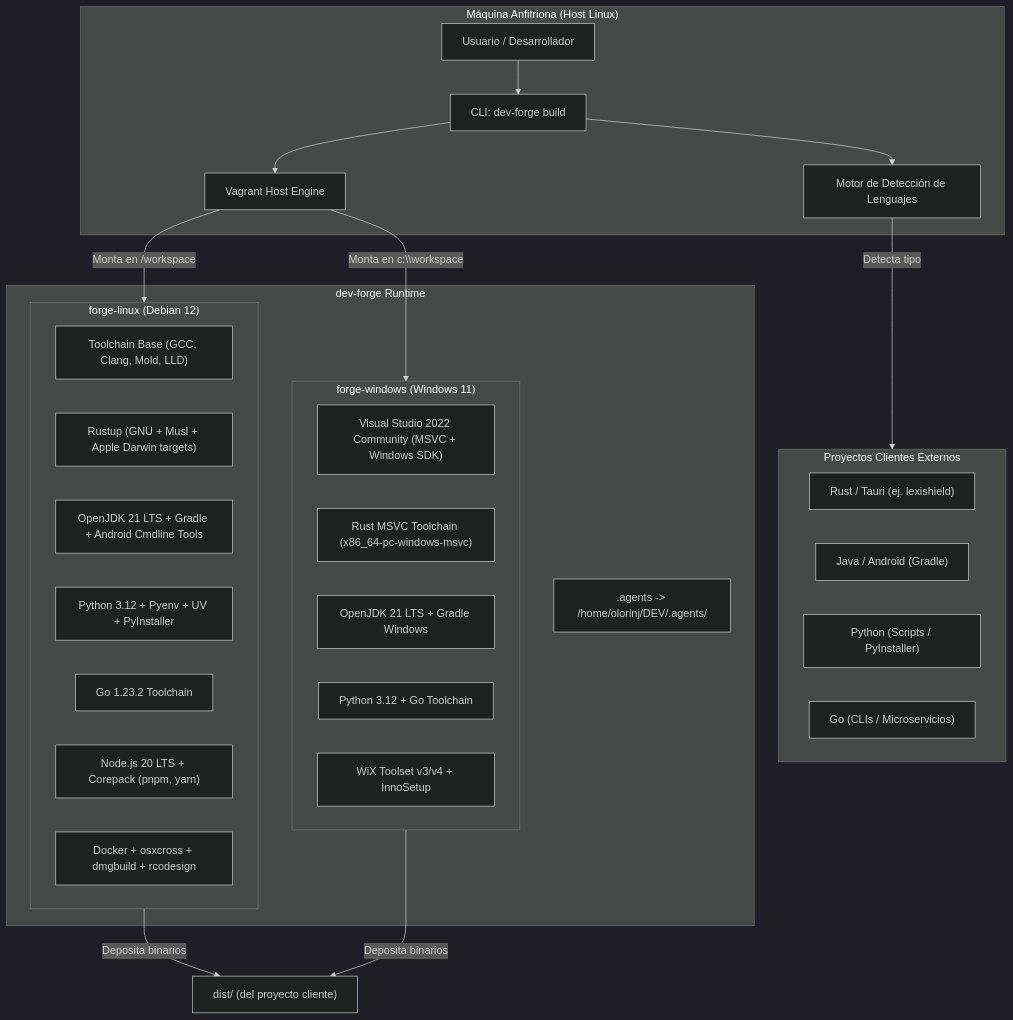
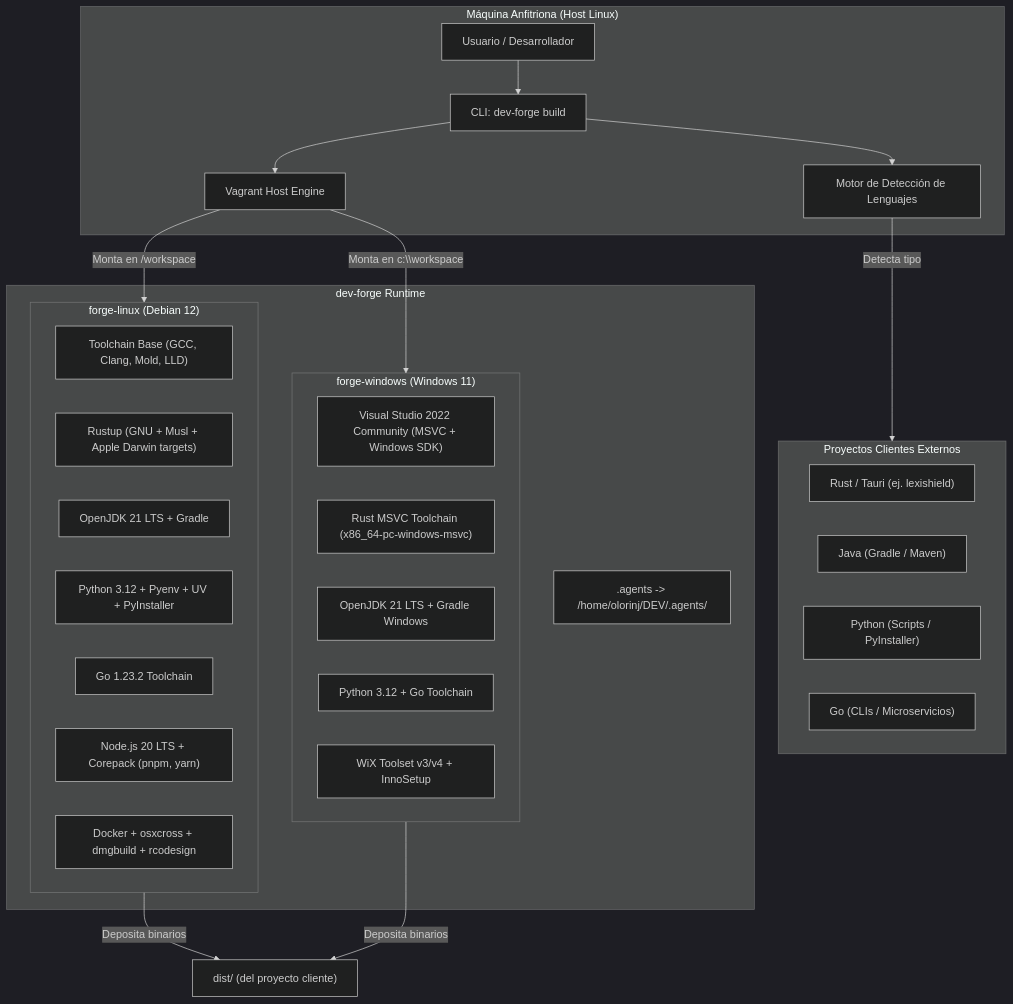
One commit to olorinj/dev-forge changed the first of 2 diagrams in docs/architecture.md. Above: the diagram before and after it, drawn with Mermaid (dark theme). The commit also changed 20 other files, not shown here.

````diff
--- a/docs/architecture.md
+++ b/docs/architecture.md
@@ -7,44 +7,44 @@
 ```mermaid
 flowchart TD
     subgraph Host["Máquina Anfitriona (Host Linux)"]
         User["Usuario / Desarrollador"] --> CLI["CLI: dev-forge build"]
         CLI --> Detector["Motor de Detección de Lenguajes"]
         CLI --> VagrantHost["Vagrant Host Engine"]
     end
 
     subgraph Proyectos_Clientes["Proyectos Clientes Externos"]
         RustP["Rust / Tauri (ej. lexishield)"]
-        JavaP["Java / Android (Gradle)"]
+        JavaP["Java (Gradle / Maven)"]
         PyP["Python (Scripts / PyInstaller)"]
         GoP["Go (CLIs / Microservicios)"]
     end
 
     subgraph Forja["dev-forge Runtime"]
         Agents[".agents -> /home/olorinj/DEV/.agents/"]
         
         subgraph VM_Linux["forge-linux (Debian 12)"]
             L_Base["Toolchain Base (GCC, Clang, Mold, LLD)"]
             L_Rust["Rustup (GNU + Musl + Apple Darwin targets)"]
-            L_Java["OpenJDK 21 LTS + Gradle + Android Cmdline Tools"]
+            L_Java["OpenJDK 21 LTS + Gradle"]
             L_Py["Python 3.12 + Pyenv + UV + PyInstaller"]
             L_Go["Go 1.23.2 Toolchain"]
             L_Node["Node.js 20 LTS + Corepack (pnpm, yarn)"]
             L_Mac["Docker + osxcross + dmgbuild + rcodesign"]
         end
 
         subgraph VM_Win["forge-windows (Windows 11)"]
             W_MSVC["Visual Studio 2022 Community (MSVC + Windows SDK)"]
             W_Rust["Rust MSVC Toolchain (x86_64-pc-windows-msvc)"]
             W_Java["OpenJDK 21 LTS + Gradle Windows"]
             W_PyGo["Python 3.12 + Go Toolchain"]
             W_Pack["WiX Toolset v3/v4 + InnoSetup"]
         end
     end
 
     Detector -->|"Detecta tipo"| Proyectos_Clientes
     VagrantHost -->|"Monta en /workspace"| VM_Linux
     VagrantHost -->|"Monta en c:\\workspace"| VM_Win
 
     VM_Linux -->|"Deposita binarios"| Dist["dist/ (del proyecto cliente)"]
     VM_Win -->|"Deposita binarios"| Dist
 ```
````
